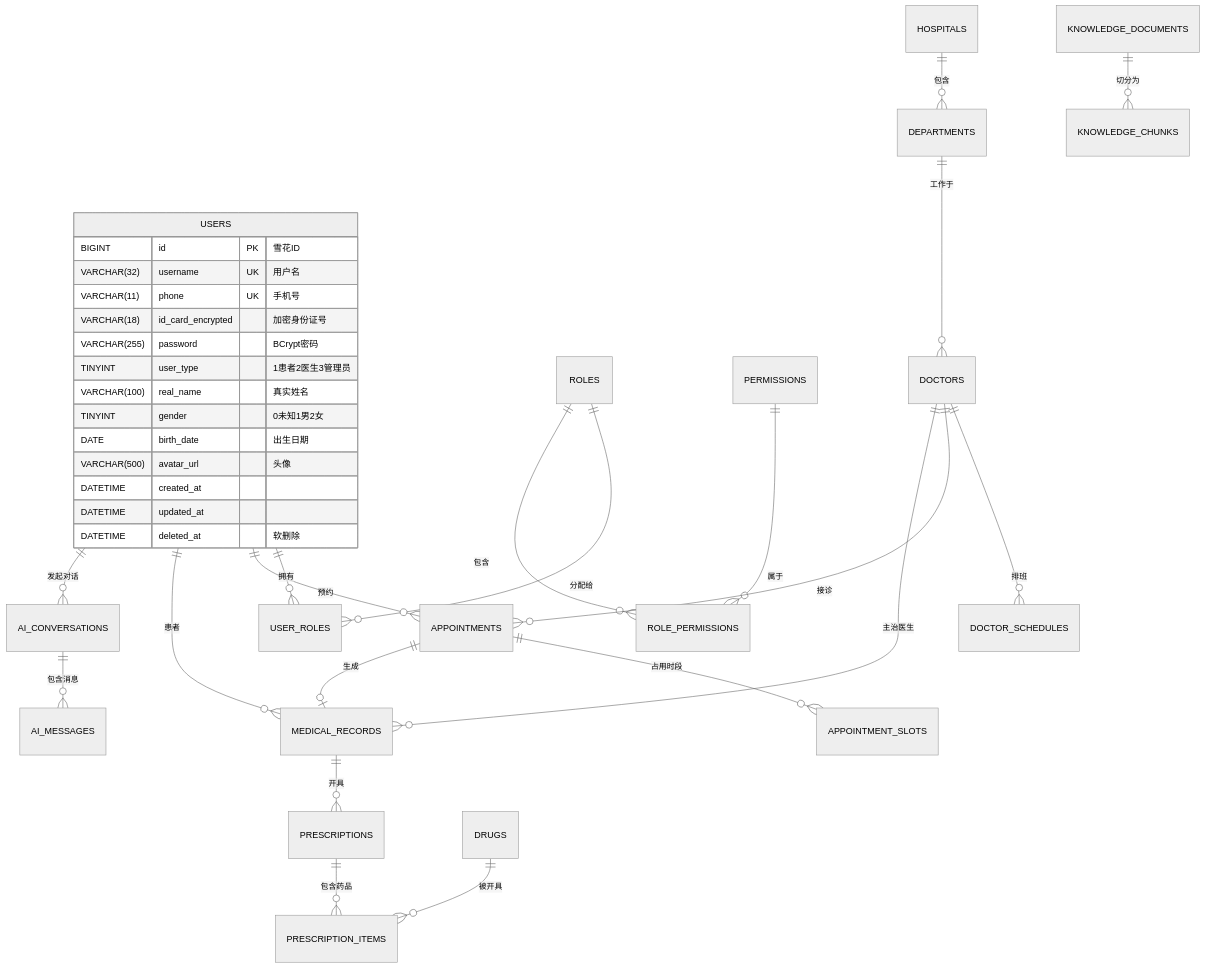
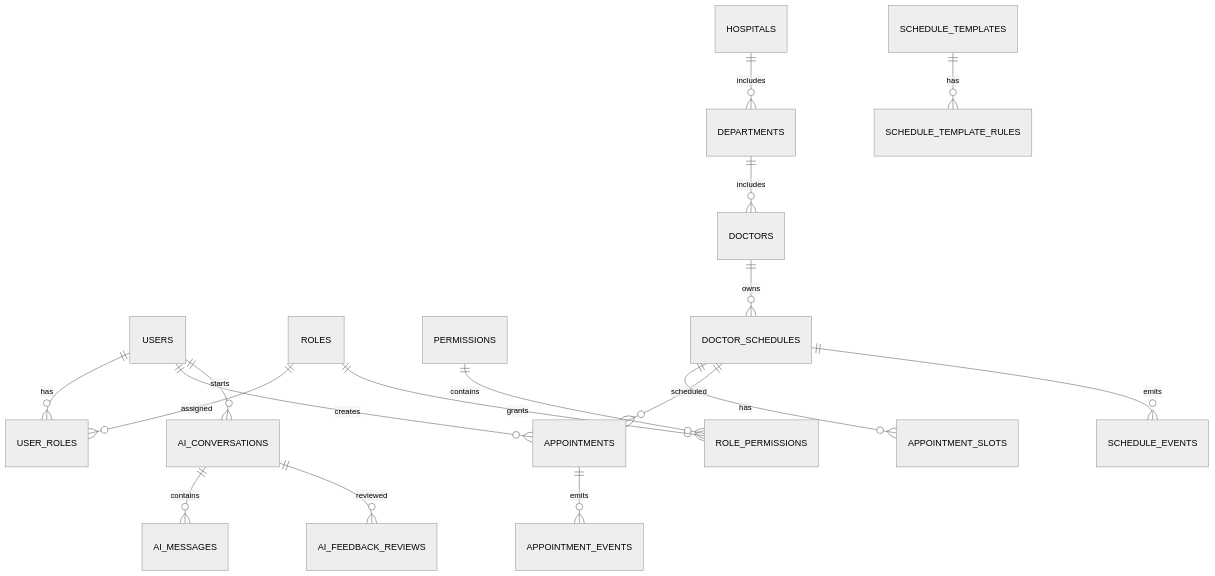
Before and after one commit to JianwenShaw/MediAskDocs: the diagram in docs/07-DATABASE.md, drawn with Mermaid (neutral theme). The commit also changed other lines of this file and 6 other files, not shown here.

````diff
--- a/docs/07-DATABASE.md
+++ b/docs/07-DATABASE.md
@@ -25,50 +15,23 @@
 ```mermaid
 erDiagram
-    %% 用户与权限域
-    USERS ||--o{ USER_ROLES : "拥有"
-    ROLES ||--o{ USER_ROLES : "分配给"
-    ROLES ||--o{ ROLE_PERMISSIONS : "包含"
-    PERMISSIONS ||--o{ ROLE_PERMISSIONS : "属于"
+    USERS ||--o{ USER_ROLES : has
+    ROLES ||--o{ USER_ROLES : assigned
+    ROLES ||--o{ ROLE_PERMISSIONS : grants
+    PERMISSIONS ||--o{ ROLE_PERMISSIONS : contains
 
-    %% 医疗资源域
-    HOSPITALS ||--o{ DEPARTMENTS : "包含"
-    DEPARTMENTS ||--o{ DOCTORS : "工作于"
-    DOCTORS ||--o{ DOCTOR_SCHEDULES : "排班"
+    HOSPITALS ||--o{ DEPARTMENTS : includes
+    DEPARTMENTS ||--o{ DOCTORS : includes
 
-    %% 挂号预约域
-    USERS ||--o{ APPOINTMENTS : "预约"
-    DOCTORS ||--o{ APPOINTMENTS : "接诊"
-    APPOINTMENTS ||--o{ APPOINTMENT_SLOTS : "占用时段"
+    DOCTORS ||--o{ DOCTOR_SCHEDULES : owns
+    DOCTOR_SCHEDULES ||--o{ APPOINTMENT_SLOTS : has
+    DOCTOR_SCHEDULES ||--o{ APPOINTMENTS : scheduled
+    USERS ||--o{ APPOINTMENTS : creates
 
-    %% 诊疗域
-    APPOINTMENTS ||--o| MEDICAL_RECORDS : "生成"
-    USERS ||--o{ MEDICAL_RECORDS : "患者"
-    DOCTORS ||--o{ MEDICAL_RECORDS : "主治医生"
-    MEDICAL_RECORDS ||--o{ PRESCRIPTIONS : "开具"
-    PRESCRIPTIONS ||--o{ PRESCRIPTION_ITEMS : "包含药品"
-    DRUGS ||--o{ PRESCRIPTION_ITEMS : "被开具"
+    SCHEDULE_TEMPLATES ||--o{ SCHEDULE_TEMPLATE_RULES : has
+    APPOINTMENTS ||--o{ APPOINTMENT_EVENTS : emits
+    DOCTOR_SCHEDULES ||--o{ SCHEDULE_EVENTS : emits
 
-    %% AI服务域
-    USERS ||--o{ AI_CONVERSATIONS : "发起对话"
-    AI_CONVERSATIONS ||--o{ AI_MESSAGES : "包含消息"
-
-    %% 知识库域
-    KNOWLEDGE_DOCUMENTS ||--o{ KNOWLEDGE_CHUNKS : "切分为"
-
-    USERS {
-        BIGINT id PK "雪花ID"
-        VARCHAR(32) username UK "用户名"
-        VARCHAR(11) phone UK "手机号"
-        VARCHAR(18) id_card_encrypted "加密身份证号"
-        VARCHAR(255) password "BCrypt密码"
-        TINYINT user_type "1患者2医生3管理员"
-        VARCHAR(100) real_name "真实姓名"
-        TINYINT gender "0未知1男2女"
-        DATE birth_date "出生日期"
-        VARCHAR(500) avatar_url "头像"
-        DATETIME created_at
-        DATETIME updated_at
-        DATETIME deleted_at "软删除"
-    }
-    %% ... (完整 ER 图见代码)
+    USERS ||--o{ AI_CONVERSATIONS : starts
+    AI_CONVERSATIONS ||--o{ AI_MESSAGES : contains
+    AI_CONVERSATIONS ||--o{ AI_FEEDBACK_REVIEWS : reviewed
 ```
````
